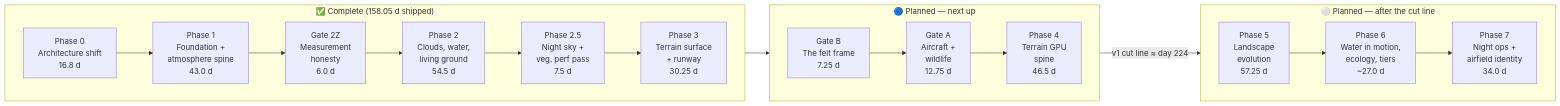
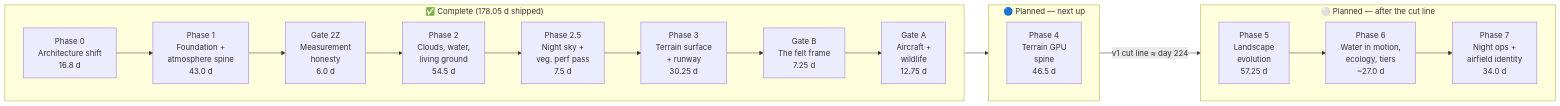
One commit to jazonshou/fly-high changed the first of 2 diagrams in PROJECT_OVERVIEW.md. Above: the diagram before and after it, drawn with Mermaid. The commit also changed other lines of this file and 62 other files, not shown here.

````diff
--- a/PROJECT_OVERVIEW.md
+++ b/PROJECT_OVERVIEW.md
@@ -41,23 +41,24 @@
 ```mermaid
 flowchart LR
-    subgraph done["✅ Complete (158.05 d shipped)"]
+    subgraph done["✅ Complete (178.05 d shipped)"]
         direction LR
         P0["Phase 0<br/>Architecture shift<br/>16.8 d"] --> P1["Phase 1<br/>Foundation +<br/>atmosphere spine<br/>43.0 d"]
         P1 --> G2Z["Gate 2Z<br/>Measurement<br/>honesty<br/>6.0 d"]
         G2Z --> P2["Phase 2<br/>Clouds, water,<br/>living ground<br/>54.5 d"]
         P2 --> P25["Phase 2.5<br/>Night sky +<br/>veg. perf pass<br/>7.5 d"]
         P25 --> P3["Phase 3<br/>Terrain surface<br/>+ runway<br/>30.25 d"]
+        P3 --> GB["Gate B<br/>The felt frame<br/>7.25 d"]
+        GB --> GA["Gate A<br/>Aircraft +<br/>wildlife<br/>12.75 d"]
     end
     subgraph next["🔵 Planned — next up"]
         direction LR
-        GB["Gate B<br/>The felt frame<br/>7.25 d"] --> GA["Gate A<br/>Aircraft +<br/>wildlife<br/>12.75 d"]
-        GA --> P4["Phase 4<br/>Terrain GPU<br/>spine<br/>46.5 d"]
+        P4["Phase 4<br/>Terrain GPU<br/>spine<br/>46.5 d"]
     end
     subgraph later["⚪ Planned — after the cut line"]
         direction LR
         P5["Phase 5<br/>Landscape<br/>evolution<br/>57.25 d"] --> P6["Phase 6<br/>Water in motion,<br/>ecology, tiers<br/>~27.0 d"]
         P6 --> P7["Phase 7<br/>Night ops +<br/>airfield identity<br/>34.0 d"]
     end
-    P3 --> GB
+    GA --> P4
     P4 -->|"v1 cut line ≈ day 224"| P5
 ```
````
